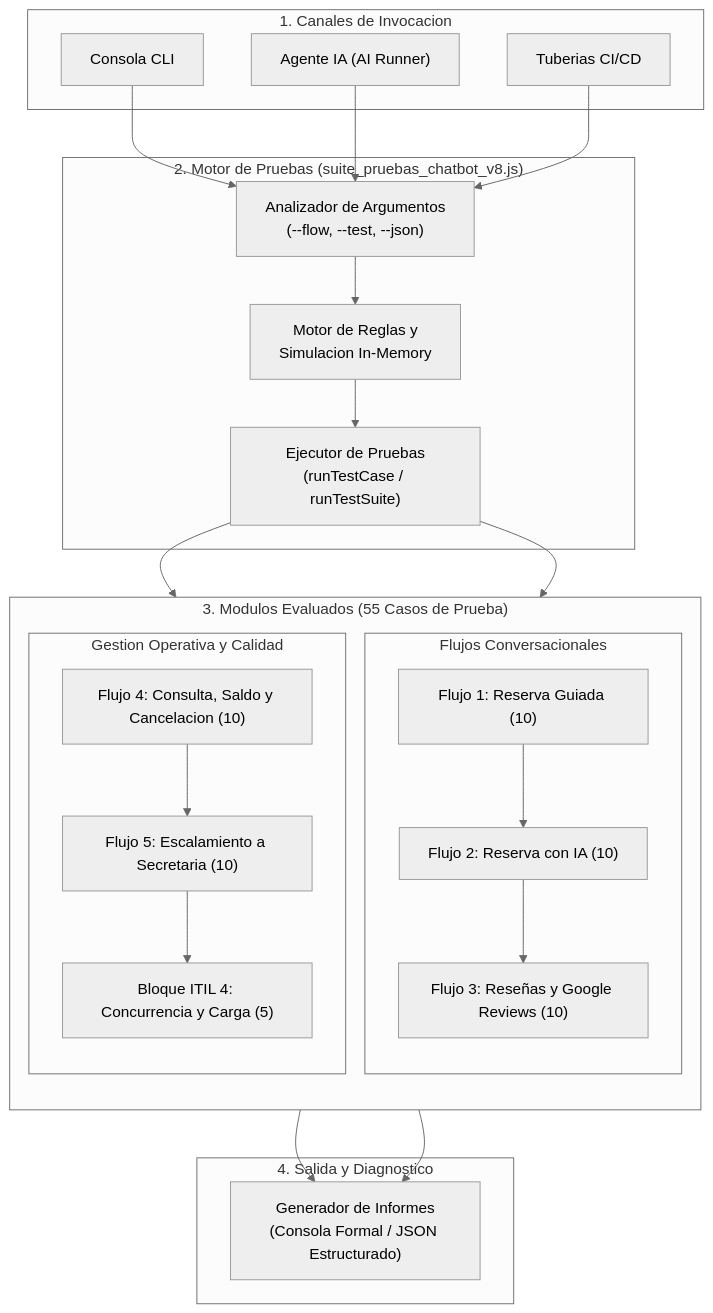
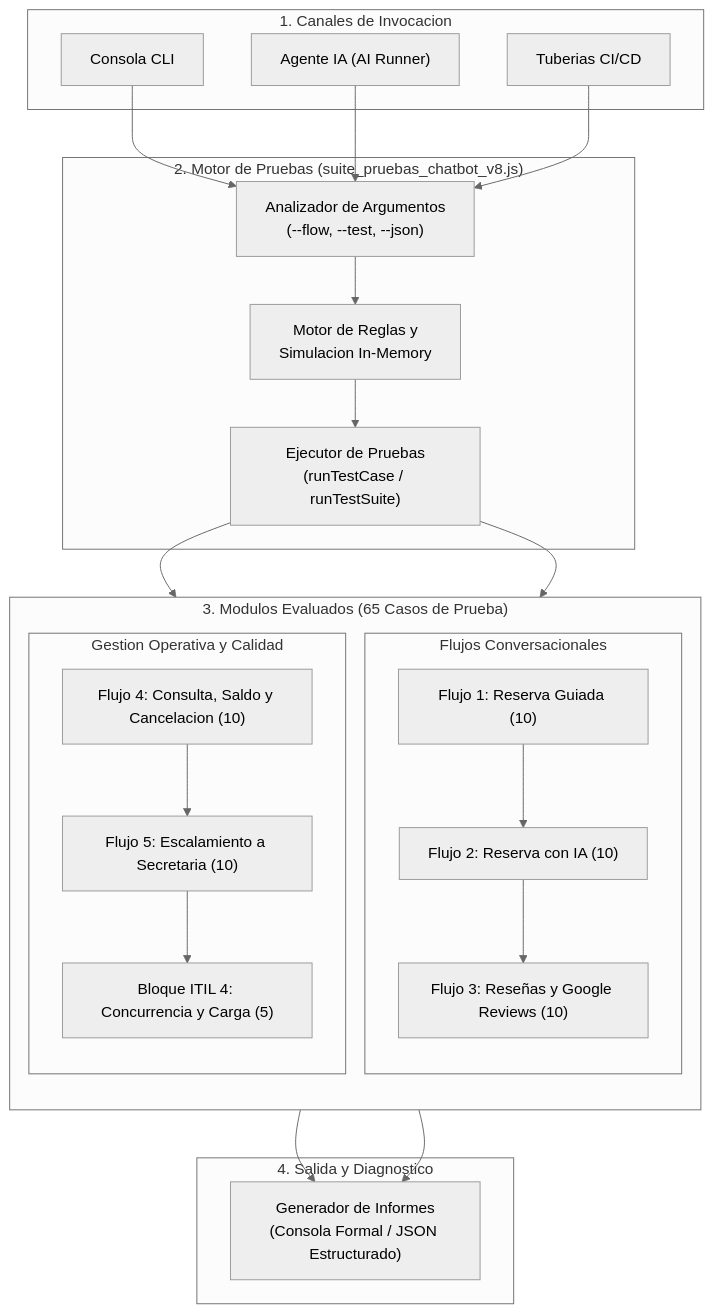
The diagram in tests/chatbot/README.md (JuanJarias/SatoriPMS), drawn with Mermaid (neutral theme) before and after one commit. The commit also changed other lines of this file and 11 other files, not shown here.

Commit message:
feat(chatbot): send service key and holder document from V9 flow

````diff
--- a/tests/chatbot/README.md
+++ b/tests/chatbot/README.md
@@ -46,43 +48,43 @@
 ```mermaid
 flowchart TD
     subgraph Canales ["1. Canales de Invocacion"]
         CLI["Consola CLI"]
         AI["Agente IA (AI Runner)"]
         CI["Tuberias CI/CD"]
     end
 
     subgraph Orquestador ["2. Motor de Pruebas (suite_pruebas_chatbot_v8.js)"]
         Parser["Analizador de Argumentos\n(--flow, --test, --json)"]
         Engine["Motor de Reglas y\nSimulacion In-Memory"]
         Runner["Ejecutor de Pruebas\n(runTestCase / runTestSuite)"]
         Parser --> Engine --> Runner
     end
 
-    subgraph Modulos ["3. Modulos Evaluados (55 Casos de Prueba)"]
+    subgraph Modulos ["3. Modulos Evaluados (65 Casos de Prueba)"]
         direction TB
         subgraph Col1 ["Flujos Conversacionales"]
             F1["Flujo 1: Reserva Guiada (10)"]
             F2["Flujo 2: Reserva con IA (10)"]
             F3["Flujo 3: Reseñas y Google Reviews (10)"]
             F1 --> F2 --> F3
         end
         subgraph Col2 ["Gestion Operativa y Calidad"]
             F4["Flujo 4: Consulta, Saldo y Cancelacion (10)"]
             F5["Flujo 5: Escalamiento a Secretaria (10)"]
             FITIL["Bloque ITIL 4: Concurrencia y Carga (5)"]
             F4 --> F5 --> FITIL
         end
     end
 
     subgraph Salida ["4. Salida y Diagnostico"]
         ReportGen["Generador de Informes\n(Consola Formal / JSON Estructurado)"]
     end
 
     CLI --> Parser
     AI --> Parser
     CI --> Parser
     Runner --> F1
     Runner --> F4
     F3 --> ReportGen
     FITIL --> ReportGen
 ```
````
